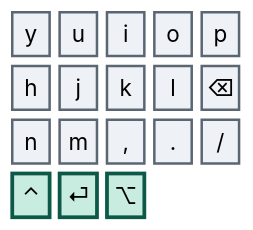
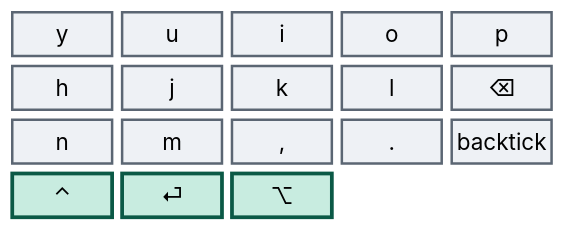
One commit to abloch/zmk-corne changed the second of 9 diagrams in 32-keys.he.md. Above: the diagram before and after it, drawn with Mermaid. The commit also changed other lines of this file and 4 other files, not shown here.

````diff
--- a/32-keys.he.md
+++ b/32-keys.he.md
@@ -42,16 +44,16 @@
 ```mermaid
 %%{init: {'theme':'base','themeVariables':{'primaryColor':'#eef1f5','primaryTextColor':'#0b0f14','primaryBorderColor':'#5b6673','nodeTextColor':'#0b0f14','textColor':'#0b0f14','mainBkg':'#eef1f5','fontSize':'18px'}}}%%
 block
 columns 5
 
   y u i o p
   h j k l bspc["⌫"]
-  n m comma[","] dot["."] slash["/"]
+  n m comma[","] dot["."] grav["backtick"]
   ctrl["⌃"] entr["⏎"] alt["⌥"] space:2
 
   classDef core fill:#eef1f5,stroke:#5b6673,stroke-width:2px,color:#0b0f14
   classDef thumb fill:#c8ece0,stroke:#0b5946,stroke-width:3px,color:#06241c
 
-  class y,u,i,o,p,h,j,k,l,bspc,n,m,comma,dot,slash core
+  class y,u,i,o,p,h,j,k,l,bspc,n,m,comma,dot,grav core
   class ctrl,entr,alt thumb
 ```
````
